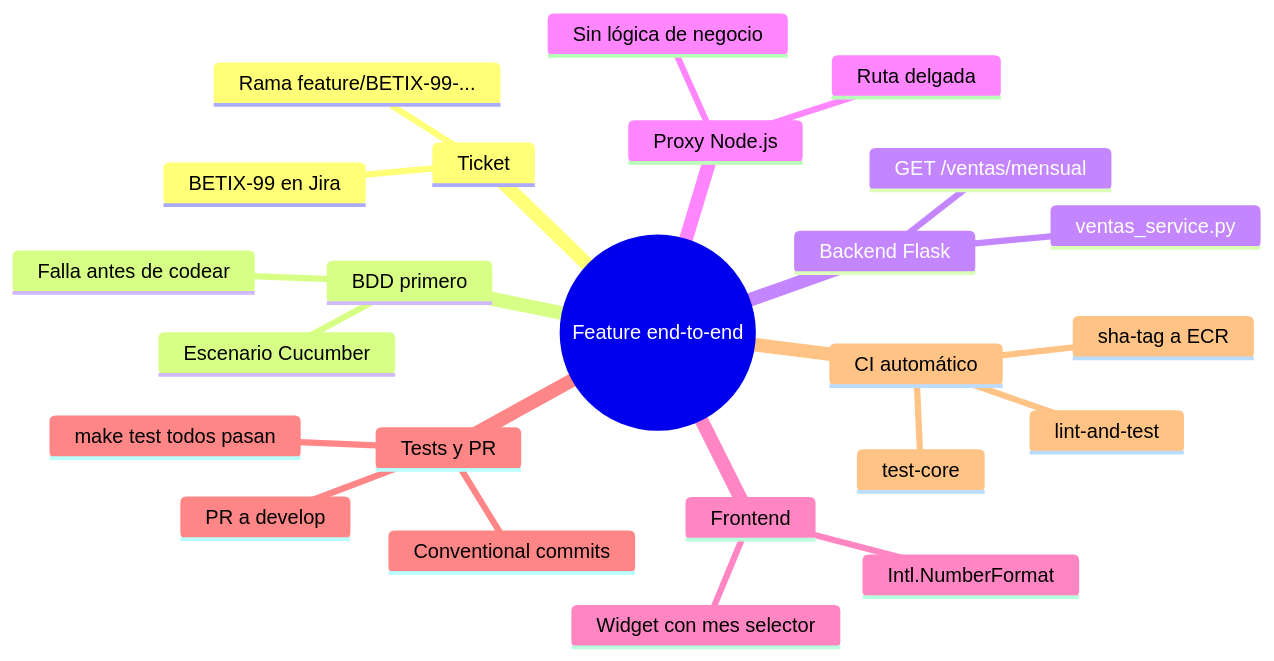
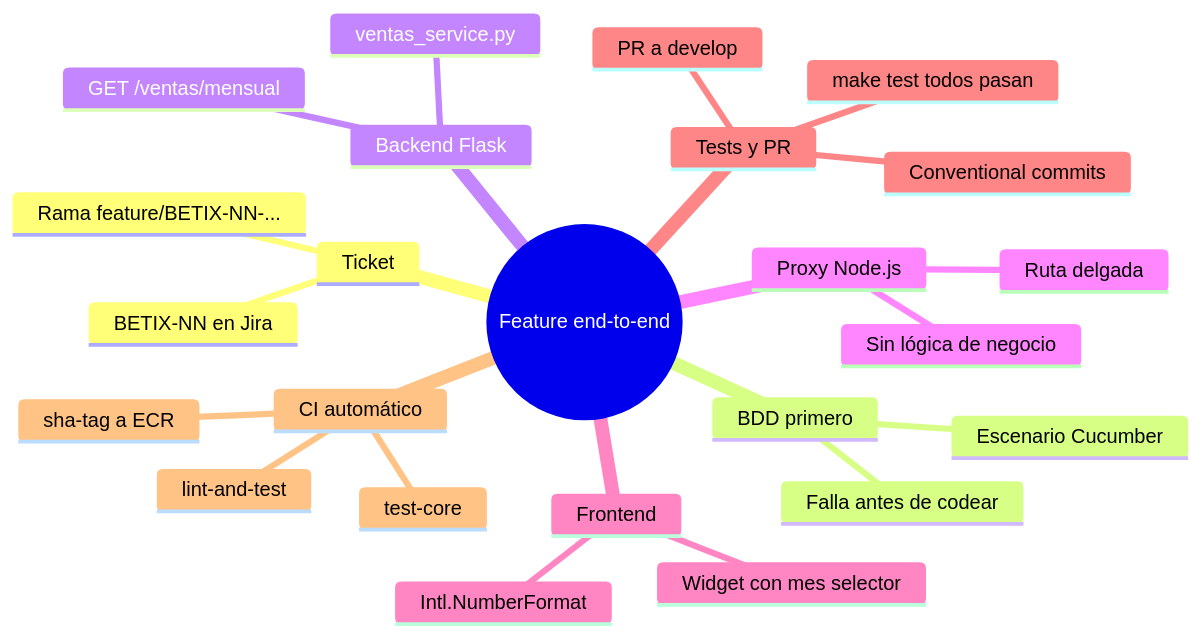
The third of 3 diagrams in docs/onboarding/modulos/9.md (Neurus1970/betix), drawn with Mermaid before and after one commit. The commit also changed other lines of this file and 1 other file, not shown here.

First line of the commit message:
docs(onboarding): fix chapter 9 — replace BETIX-99 with BETIX-<NN>, fix mermaid newlines (BETIX-44)

````diff
--- a/docs/onboarding/modulos/9.md
+++ b/docs/onboarding/modulos/9.md
@@ -445,27 +445,27 @@
 ```mermaid
 mindmap
   root((Feature end-to-end))
     Ticket
-      BETIX-99 en Jira
-      Rama feature/BETIX-99-...
+      BETIX-NN en Jira
+      Rama feature/BETIX-NN-...
     BDD primero
       Escenario Cucumber
       Falla antes de codear
     Backend Flask
       ventas_service.py
       GET /ventas/mensual
     Proxy Node.js
       Ruta delgada
       Sin lógica de negocio
     Frontend
       Widget con mes selector
       Intl.NumberFormat
     Tests y PR
       make test todos pasan
       Conventional commits
       PR a develop
     CI automático
       lint-and-test
       test-core
       sha-tag a ECR
 ```
````
